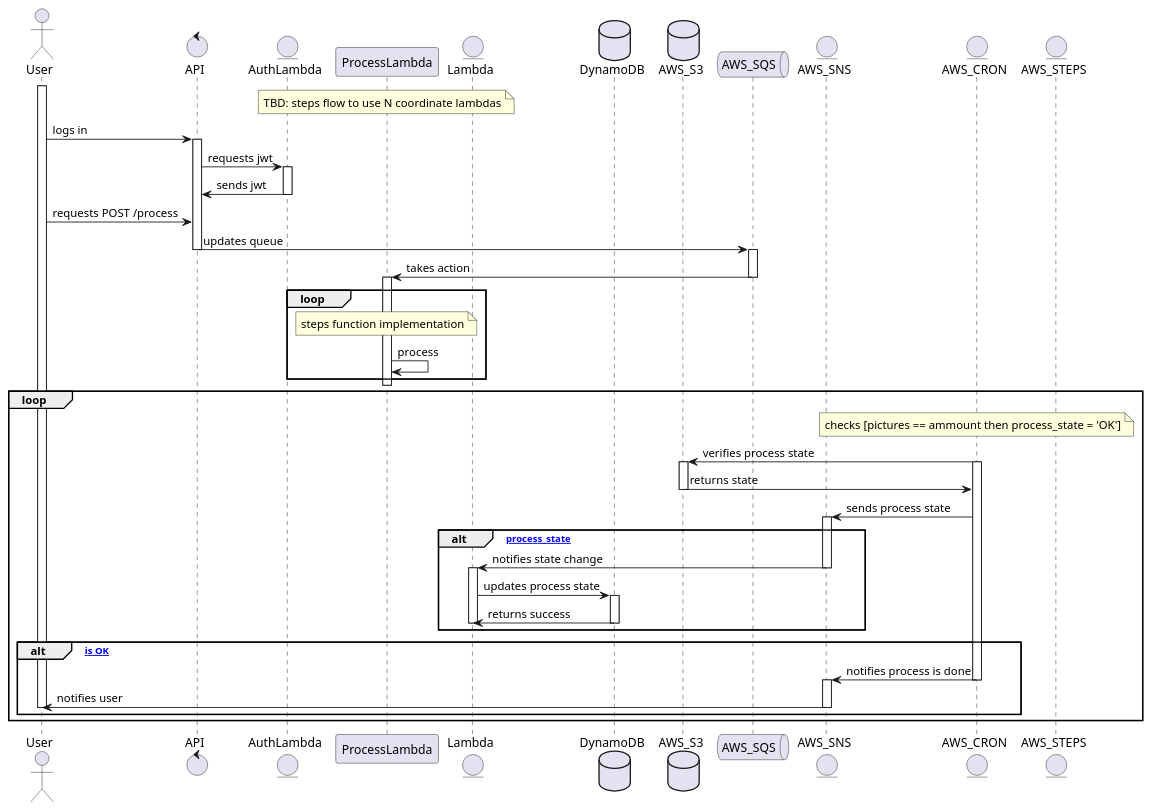
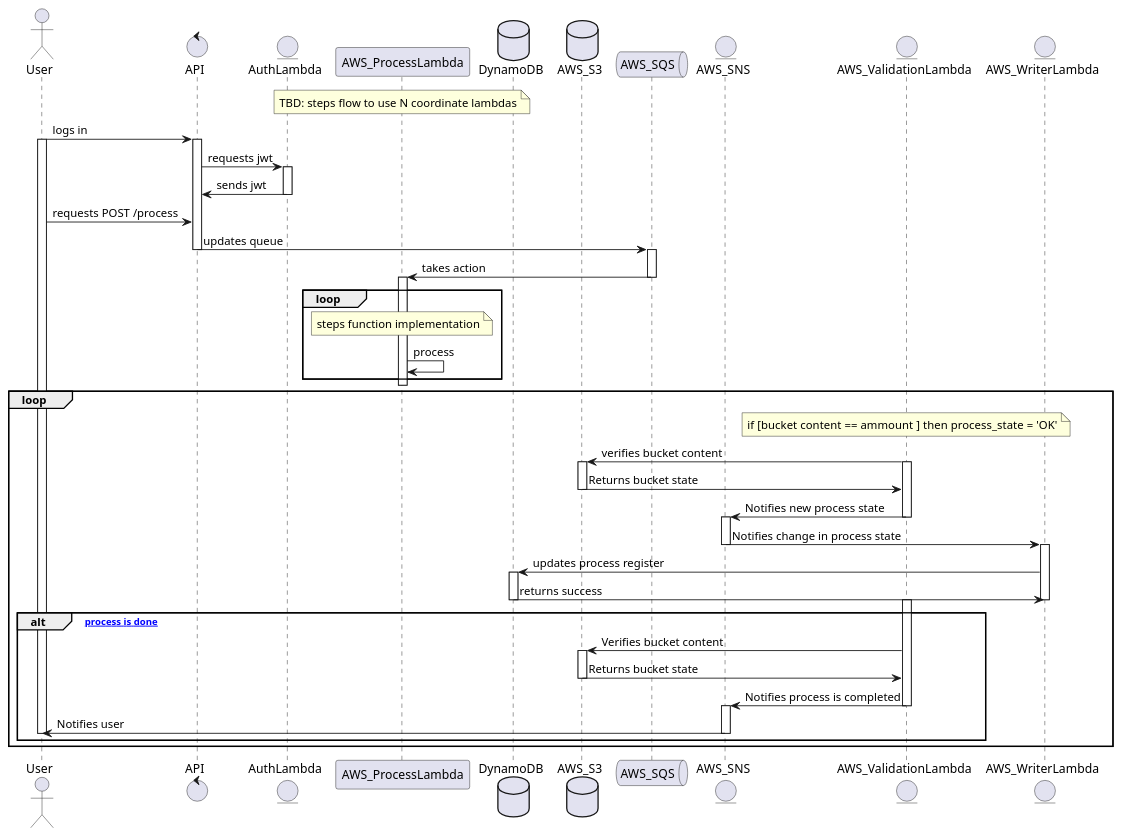
The diagram in doc/uml/sequence.plantuml (architecture-postgrad-squad/hackathon), drawn with PlantUML before and after one commit. The commit also changed 3 other files, not shown here.

Commit message:
architecture diagram updated with S3 validation lambda

```diff
--- a/doc/uml/sequence.plantuml
+++ b/doc/uml/sequence.plantuml
@@ -1,70 +1,73 @@
-@startuml "Hackathon flow"
+@startuml ""
 
 actor       User      
 control     API 
 entity      AuthLambda      
-note over ProcessLambda: TBD: steps flow to use N coordinate lambdas
-entity      ProcessLambda
-entity      Lambda
+note over   AWS_ProcessLambda: TBD: steps flow to use N coordinate lambdas
+entity      AWS_ProcessLambda
 database    DynamoDB
 database    AWS_S3
 queue       AWS_SQS  
 entity      AWS_SNS
-entity      AWS_CRON
-entity      AWS_STEPS
+entity      AWS_ValidationLambda
+entity      AWS_WriterLambda
 
+User -> API : logs in
 activate User
-User -> API : logs in
 activate API
 API -> AuthLambda: requests jwt
 activate AuthLambda
 AuthLambda -> API: sends jwt
 deactivate AuthLambda
 User -> API: requests POST /process
 API -> AWS_SQS: updates queue
 deactivate API
 
 activate AWS_SQS
-AWS_SQS -> ProcessLambda: takes action
+AWS_SQS -> AWS_ProcessLambda: takes action
 deactivate AWS_SQS
 
 loop 
-note over ProcessLambda: steps function implementation
-activate ProcessLambda
-ProcessLambda -> ProcessLambda: process
+note over AWS_ProcessLambda: steps function implementation
+activate AWS_ProcessLambda
+AWS_ProcessLambda -> AWS_ProcessLambda: process
 end
-deactivate ProcessLambda
+deactivate AWS_ProcessLambda
 
 loop
-    note over AWS_CRON: checks [pictures == ammount then process_state = 'OK']
-    AWS_CRON -> AWS_S3: verifies process state
+    note over AWS_ValidationLambda: if [bucket content == ammount ]  then process_state = 'OK'
+    AWS_ValidationLambda -> AWS_S3: verifies bucket content
     activate AWS_S3
-    activate AWS_CRON
-    AWS_S3 -> AWS_CRON: returns state
+    activate AWS_ValidationLambda
+    AWS_S3 -> AWS_ValidationLambda: Returns bucket state
     deactivate AWS_S3
-    
-    AWS_CRON -> AWS_SNS: sends process state
+
+    AWS_ValidationLambda -> AWS_SNS: Notifies new process state
+    deactivate AWS_ValidationLambda
     activate AWS_SNS
-    alt [ process_state ]
-        AWS_SNS -> Lambda: notifies state change
-        deactivate AWS_SNS
-        activate Lambda
-        Lambda -> DynamoDB: updates process state
-        activate DynamoDB
-        DynamoDB -> Lambda: returns success
-        deactivate Lambda
-        deactivate DynamoDB
-    end
+    AWS_SNS -> AWS_WriterLambda: Notifies change in process state
+    deactivate AWS_SNS
+    activate AWS_WriterLambda
+    AWS_WriterLambda -> DynamoDB: updates process register
+    activate DynamoDB 
+    DynamoDB -> AWS_WriterLambda: returns success
+    deactivate DynamoDB
+    deactivate AWS_WriterLambda
 
-    alt  [ process_state is OK]
-        AWS_CRON -> AWS_SNS: notifies process is done
-        deactivate AWS_CRON
-        activate AWS_SNS
-        AWS_SNS -> User: notifies user 
-        deactivate AWS_SNS
-        deactivate User
+
+    alt  [ if process is done]
+      activate AWS_ValidationLambda
+      AWS_ValidationLambda -> AWS_S3: Verifies bucket content
+      activate AWS_S3
+      AWS_S3 -> AWS_ValidationLambda: Returns bucket state
+      deactivate AWS_S3
+      AWS_ValidationLambda -> AWS_SNS: Notifies process is completed
+      deactivate AWS_S3
+      deactivate AWS_ValidationLambda
+      activate AWS_SNS
+      AWS_SNS -> User: Notifies user 
+      deactivate AWS_SNS
+      deactivate User
     end
 end
-
-
 @enduml
```
